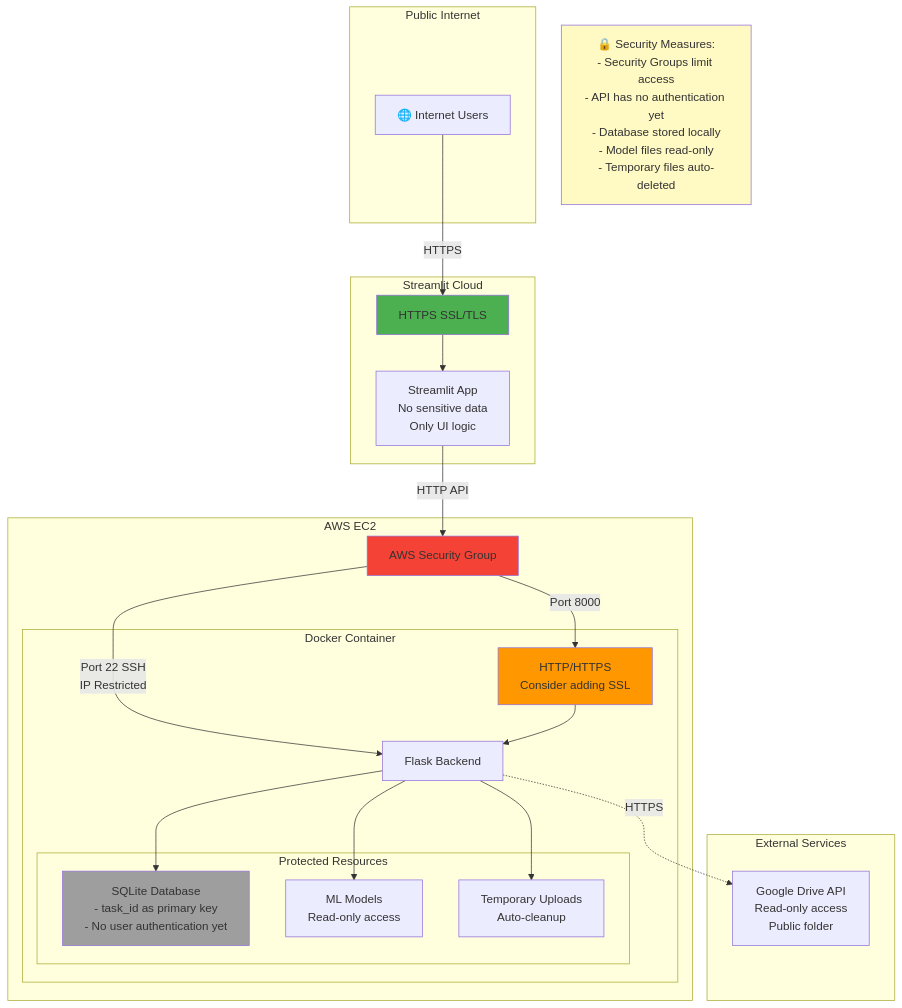
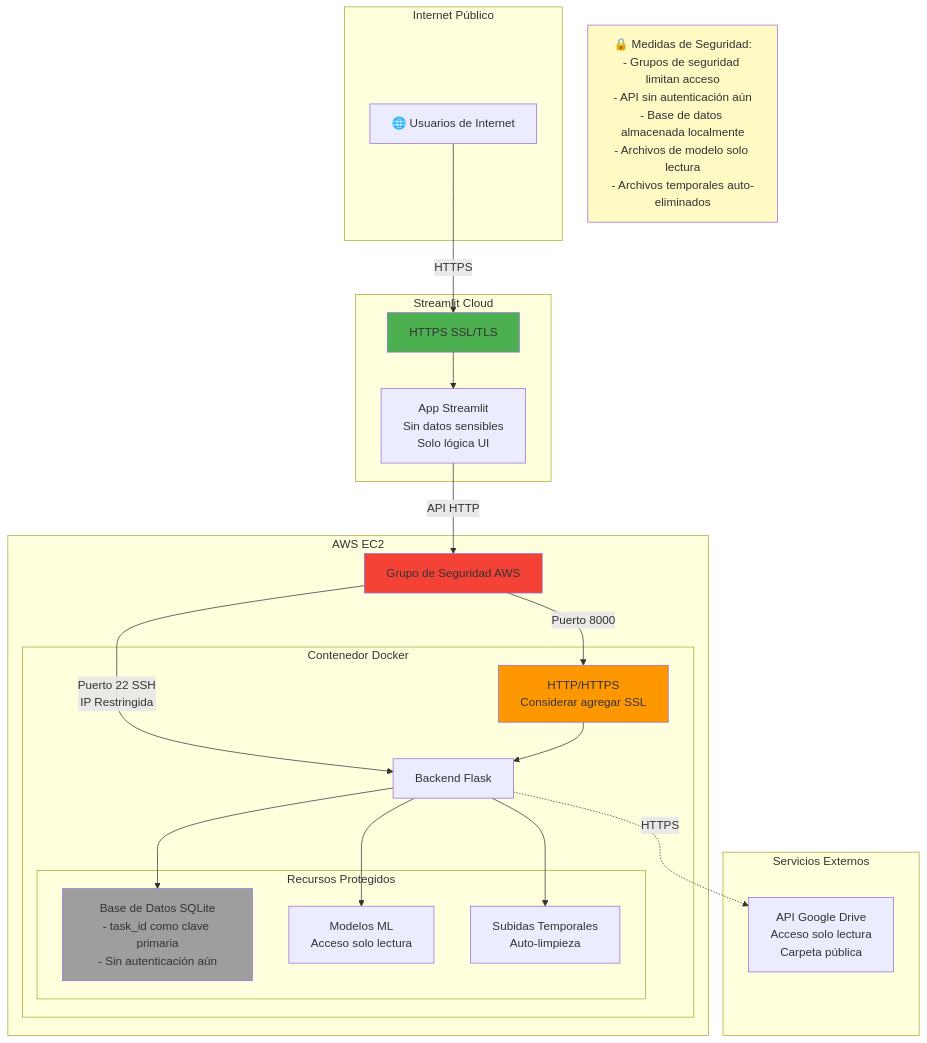
Before and after one commit to marioguaqueta/maia-back-proyecto: the sixth of 7 diagrams in ARCHITECTURE_DIAGRAM.md, drawn with Mermaid. The commit also changed other lines of this file and 5 other files, not shown here.

````diff
--- a/ARCHITECTURE_DIAGRAM.md
+++ b/ARCHITECTURE_DIAGRAM.md
@@ -281,51 +281,51 @@
 ```mermaid
 graph TB
-    subgraph "Public Internet"
-        Internet[🌐 Internet Users]
+    subgraph "Internet Público"
+        Internet[🌐 Usuarios de Internet]
     end
     
     subgraph "Streamlit Cloud"
         StreamlitSSL[HTTPS SSL/TLS]
-        StreamlitApp[Streamlit App<br/>No sensitive data<br/>Only UI logic]
+        StreamlitApp[App Streamlit<br/>Sin datos sensibles<br/>Solo lógica UI]
     end
     
     subgraph "AWS EC2"
-        SecurityGroup[AWS Security Group]
+        SecurityGroup[Grupo de Seguridad AWS]
         
-        subgraph "Docker Container"
-            FlaskSSL[HTTP/HTTPS<br/>Consider adding SSL]
-            FlaskApp[Flask Backend]
+        subgraph "Contenedor Docker"
+            FlaskSSL[HTTP/HTTPS<br/>Considerar agregar SSL]
+            FlaskApp[Backend Flask]
             
-            subgraph "Protected Resources"
-                DB[SQLite Database<br/>- task_id as primary key<br/>- No user authentication yet]
-                Models[ML Models<br/>Read-only access]
-                Uploads[Temporary Uploads<br/>Auto-cleanup]
+            subgraph "Recursos Protegidos"
+                DB[Base de Datos SQLite<br/>- task_id como clave primaria<br/>- Sin autenticación aún]
+                Models[Modelos ML<br/>Acceso solo lectura]
+                Uploads[Subidas Temporales<br/>Auto-limpieza]
             end
         end
     end
     
-    subgraph "External Services"
-        GDriveAPI[Google Drive API<br/>Read-only access<br/>Public folder]
+    subgraph "Servicios Externos"
+        GDriveAPI[API Google Drive<br/>Acceso solo lectura<br/>Carpeta pública]
     end
     
     Internet -->|HTTPS| StreamlitSSL
     StreamlitSSL --> StreamlitApp
-    StreamlitApp -->|HTTP API| SecurityGroup
+    StreamlitApp -->|API HTTP| SecurityGroup
     
-    SecurityGroup -->|Port 8000| FlaskSSL
-    SecurityGroup -->|Port 22 SSH<br/>IP Restricted| FlaskApp
+    SecurityGroup -->|Puerto 8000| FlaskSSL
+    SecurityGroup -->|Puerto 22 SSH<br/>IP Restringida| FlaskApp
     
     FlaskSSL --> FlaskApp
     FlaskApp --> DB
     FlaskApp --> Models
     FlaskApp --> Uploads
     FlaskApp -.->|HTTPS| GDriveAPI
     
-    Note1[🔒 Security Measures:<br/>- Security Groups limit access<br/>- API has no authentication yet<br/>- Database stored locally<br/>- Model files read-only<br/>- Temporary files auto-deleted]
+    Note1[🔒 Medidas de Seguridad:<br/>- Grupos de seguridad limitan acceso<br/>- API sin autenticación aún<br/>- Base de datos almacenada localmente<br/>- Archivos de modelo solo lectura<br/>- Archivos temporales auto-eliminados]
     
     style SecurityGroup fill:#f44336
     style StreamlitSSL fill:#4caf50
     style FlaskSSL fill:#ff9800
     style DB fill:#9e9e9e
     style Note1 fill:#fff9c4
 ```
````
